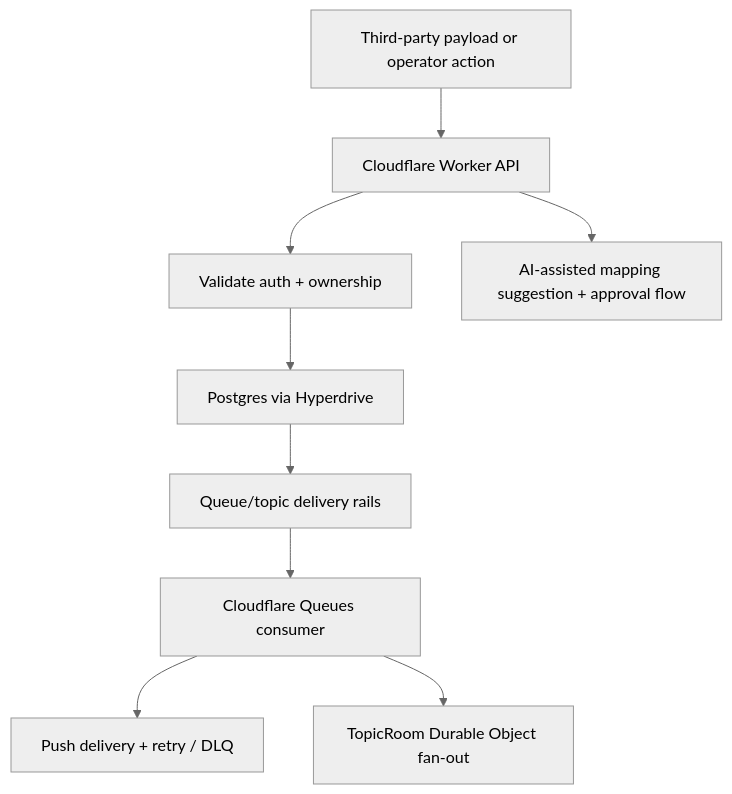
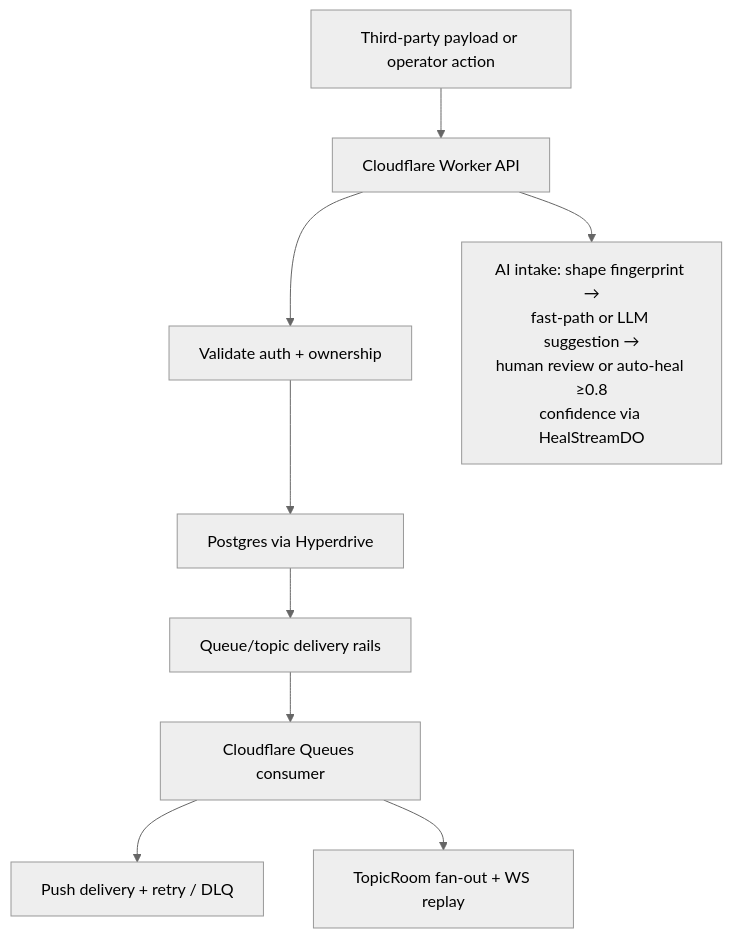
The diagram in README.md (ozby/ingest-lens), drawn with Mermaid (neutral theme) before and after one commit. The commit also changed 2 other files, not shown here.

Commit message:
docs(arch): fact-check and sync mermaid diagrams to current implementation
The architecture diagrams were drawn before 22 implementation commits
landed. Cross-referenced every diagram claim against intake.ts,
HealStreamDO.ts, wrangler.toml, healStream.ts, and lab/src/index.ts.

Constraint: Diagrams must reflect code, not intent
Rejected: Deferring — stale diagrams mislead contributors
Confidence: high
Scope-risk: narrow
Tested: pnpm docs:check passes

````diff
--- a/README.md
+++ b/README.md
@@ -34,11 +34,11 @@
 ```mermaid
 flowchart TD
     A[Third-party payload or operator action] --> B[Cloudflare Worker API]
     B --> C[Validate auth + ownership]
     C --> D[Postgres via Hyperdrive]
     D --> E[Queue/topic delivery rails]
     E --> F[Cloudflare Queues consumer]
     F --> G[Push delivery + retry / DLQ]
-    F --> H[TopicRoom Durable Object fan-out]
-    B --> I[AI-assisted mapping suggestion + approval flow]
+    F --> H[TopicRoom fan-out + WS replay]
+    B --> I[AI intake: shape fingerprint →<br/>fast-path or LLM suggestion →<br/>human review or auto-heal ≥0.8<br/>confidence via HealStreamDO]
 ```
````
